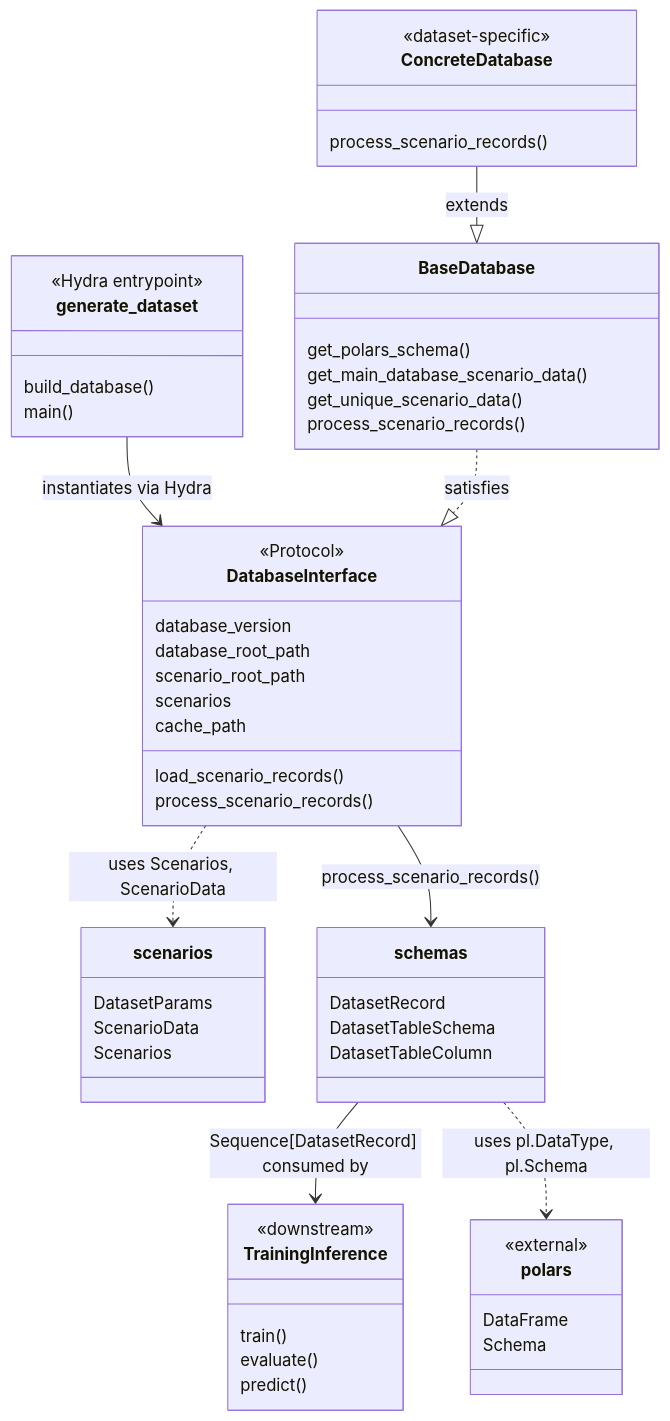
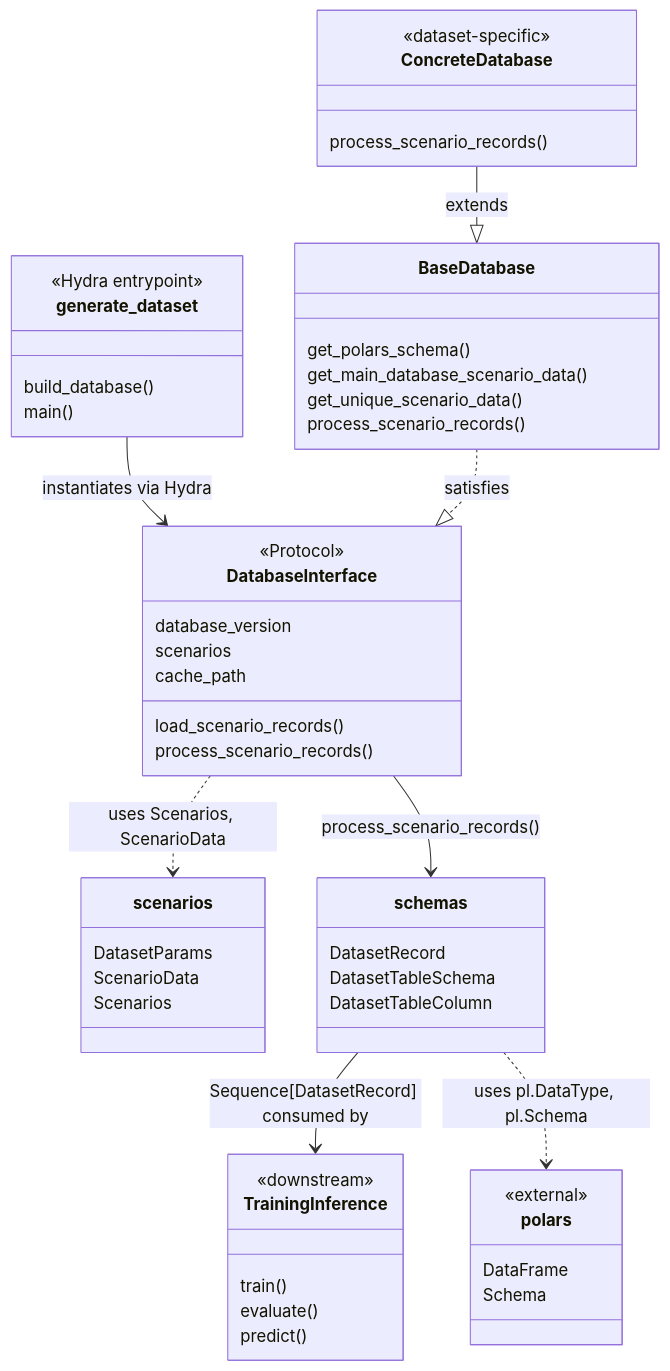
One commit to tier4/autoware-ml changed the diagram in autoware_ml/databases/README.md. Above: the diagram before and after it, drawn with Mermaid. The commit also changed 4 other files, not shown here.

````diff
--- a/autoware_ml/databases/README.md
+++ b/autoware_ml/databases/README.md
@@ -19,70 +19,68 @@
 ```mermaid
 classDiagram
     direction TB
 
     class generate_dataset {
         <<Hydra entrypoint>>
         build_database()
         main()
     }
 
     class DatabaseInterface {
         <<Protocol>>
         database_version
-        database_root_path
-        scenario_root_path
         scenarios
         cache_path
         load_scenario_records()
         process_scenario_records()
     }
 
     class BaseDatabase {
         get_polars_schema()
         get_main_database_scenario_data()
         get_unique_scenario_data()
         process_scenario_records()
     }
 
     class scenarios {
         DatasetParams
         ScenarioData
         Scenarios
     }
 
     class schemas {
         DatasetRecord
         DatasetTableSchema
         DatasetTableColumn
     }
 
     class polars {
         <<external>>
         DataFrame
         Schema
     }
 
     class ConcreteDatabase {
         <<dataset-specific>>
         process_scenario_records()
     }
 
     class TrainingInference {
         <<downstream>>
         train()
         evaluate()
         predict()
     }
 
     generate_dataset --> DatabaseInterface : instantiates via Hydra
 
     DatabaseInterface ..> scenarios : uses Scenarios, ScenarioData
     DatabaseInterface --> schemas : process_scenario_records()
 
     BaseDatabase ..|> DatabaseInterface : satisfies
     ConcreteDatabase --|> BaseDatabase : extends
 
     schemas --> TrainingInference :  Sequence[DatasetRecord] consumed by
 
     schemas ..> polars : uses pl.DataType, pl.Schema
 ```
````
